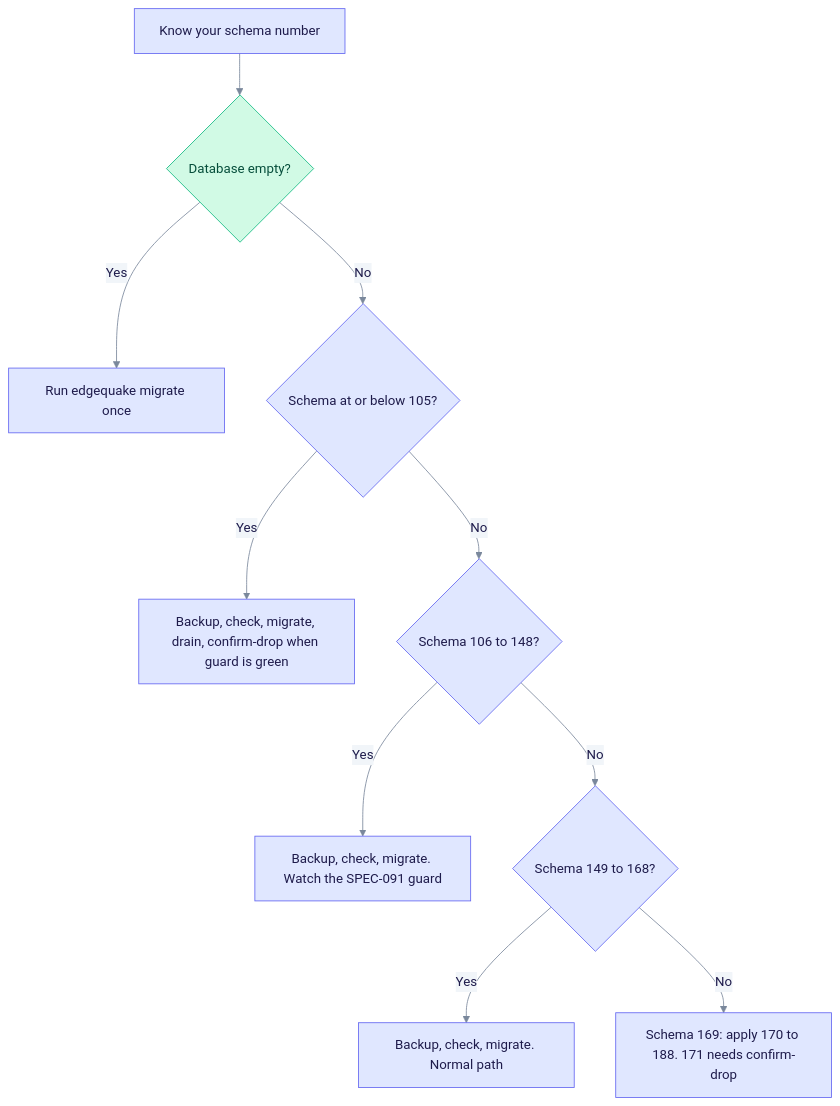
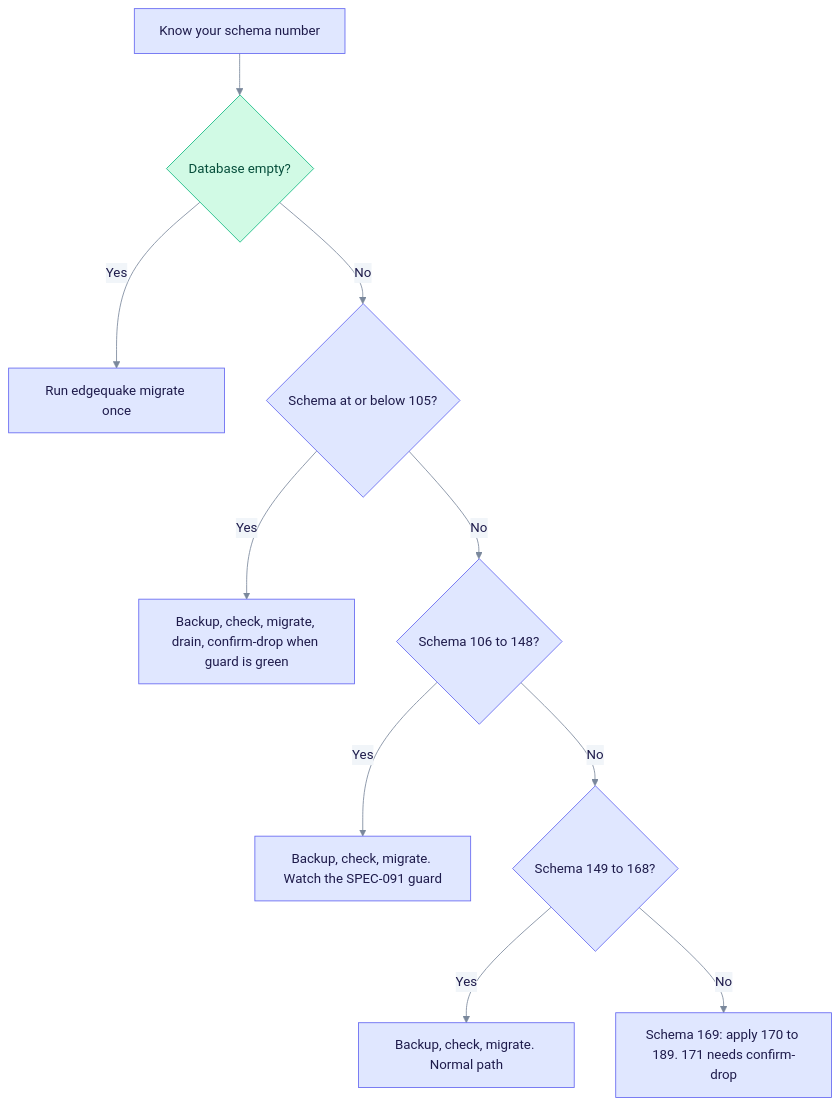
The first of 3 diagrams in docs/operations/upgrading.md (YatchiYa/edgequake), drawn with Mermaid before and after one commit. The commit also changed other lines of this file and 10 other files, not shown here.

First line of the commit message:
Index chart chunk search by modality.

````diff
--- a/docs/operations/upgrading.md
+++ b/docs/operations/upgrading.md
@@ -24,17 +24,17 @@
 ```mermaid
 %%{init: {"theme":"base","themeVariables":{"primaryColor":"#E0E7FF","primaryBorderColor":"#6366F1","primaryTextColor":"#1E1B4B","secondaryColor":"#D1FAE5","secondaryBorderColor":"#10B981","secondaryTextColor":"#064E3B","tertiaryColor":"#FEF3C7","tertiaryBorderColor":"#F59E0B","tertiaryTextColor":"#6B7A90","lineColor":"#7A889C","clusterBkg":"rgba(99,102,241,0.07)","clusterBorder":"#A5B4FC","noteBkgColor":"#FEF9C3","noteTextColor":"#422006","textColor":"#6B7A90","titleColor":"#6B7A90","signalColor":"#7A889C","signalTextColor":"#6B7A90","loopTextColor":"#6B7A90","edgeLabelBackground":"#F1F5F9","actorLineColor":"#94A3B8"}}}%%
 %% eq-theme:v1
 flowchart TD
   A["Know your schema number"] --> B{"Database empty?"}
   B -->|Yes| C["Run edgequake migrate once"]
   B -->|No| D{"Schema at or below 105?"}
   D -->|Yes| E["Backup, check, migrate, drain, confirm-drop when guard is green"]
   D -->|No| F{"Schema 106 to 148?"}
   F -->|Yes| G["Backup, check, migrate. Watch the SPEC-091 guard"]
   F -->|No| H{"Schema 149 to 168?"}
   H -->|Yes| I["Backup, check, migrate. Normal path"]
-  H -->|No| J["Schema 169: apply 170 to 188. 171 needs confirm-drop"]
+  H -->|No| J["Schema 169: apply 170 to 189. 171 needs confirm-drop"]
 %% eq-classes
 classDef eqStore fill:#D1FAE5,stroke:#10B981,color:#064E3B
 class B eqStore
 ```
````
